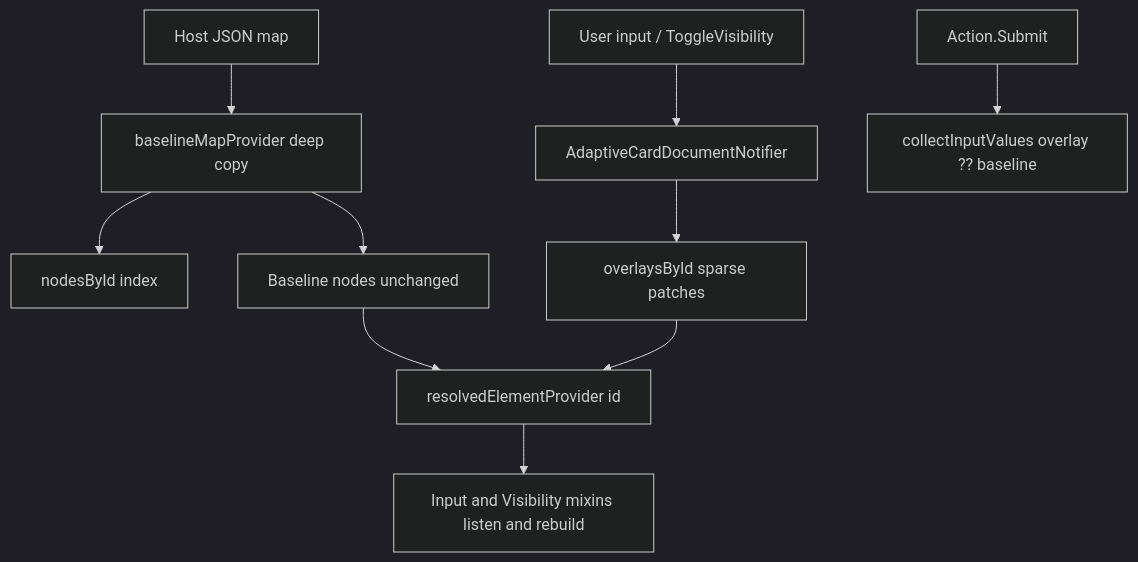
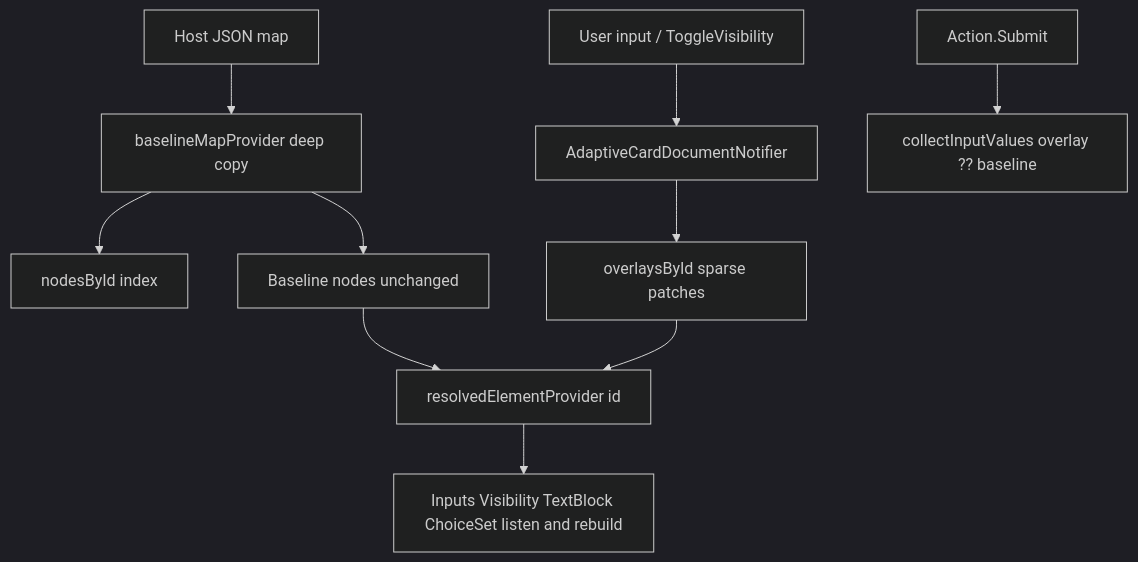
The third of 3 diagrams in doc/reactive-riverpod.md (freemansoft/Flutter-AdaptiveCards), drawn with Mermaid (dark theme) before and after one commit. The commit also changed other lines of this file and 39 other files, not shown here.

````diff
--- a/doc/reactive-riverpod.md
+++ b/doc/reactive-riverpod.md
@@ -146,15 +165,15 @@
 ```mermaid
 flowchart TB
   hostMap[Host JSON map] --> deepCopy[baselineMapProvider deep copy]
   deepCopy --> index[nodesById index]
   deepCopy --> baselineNodes[Baseline nodes unchanged]
 
   userEdit[User input / ToggleVisibility] --> notifier[AdaptiveCardDocumentNotifier]
   notifier --> overlays[overlaysById sparse patches]
 
   baselineNodes --> merge[resolvedElementProvider id]
   overlays --> merge
-  merge --> widgets[Input and Visibility mixins listen and rebuild]
+  merge --> widgets[Inputs Visibility TextBlock ChoiceSet listen and rebuild]
 
   submit[Action.Submit] --> collect[collectInputValues overlay ?? baseline]
 ```
````
